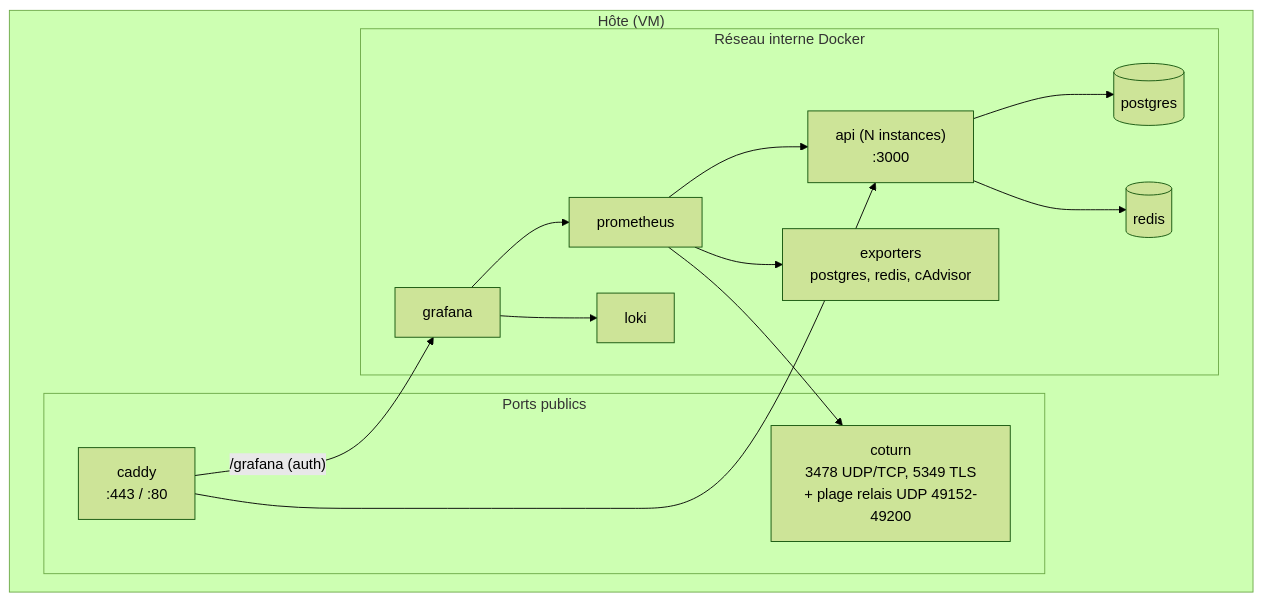
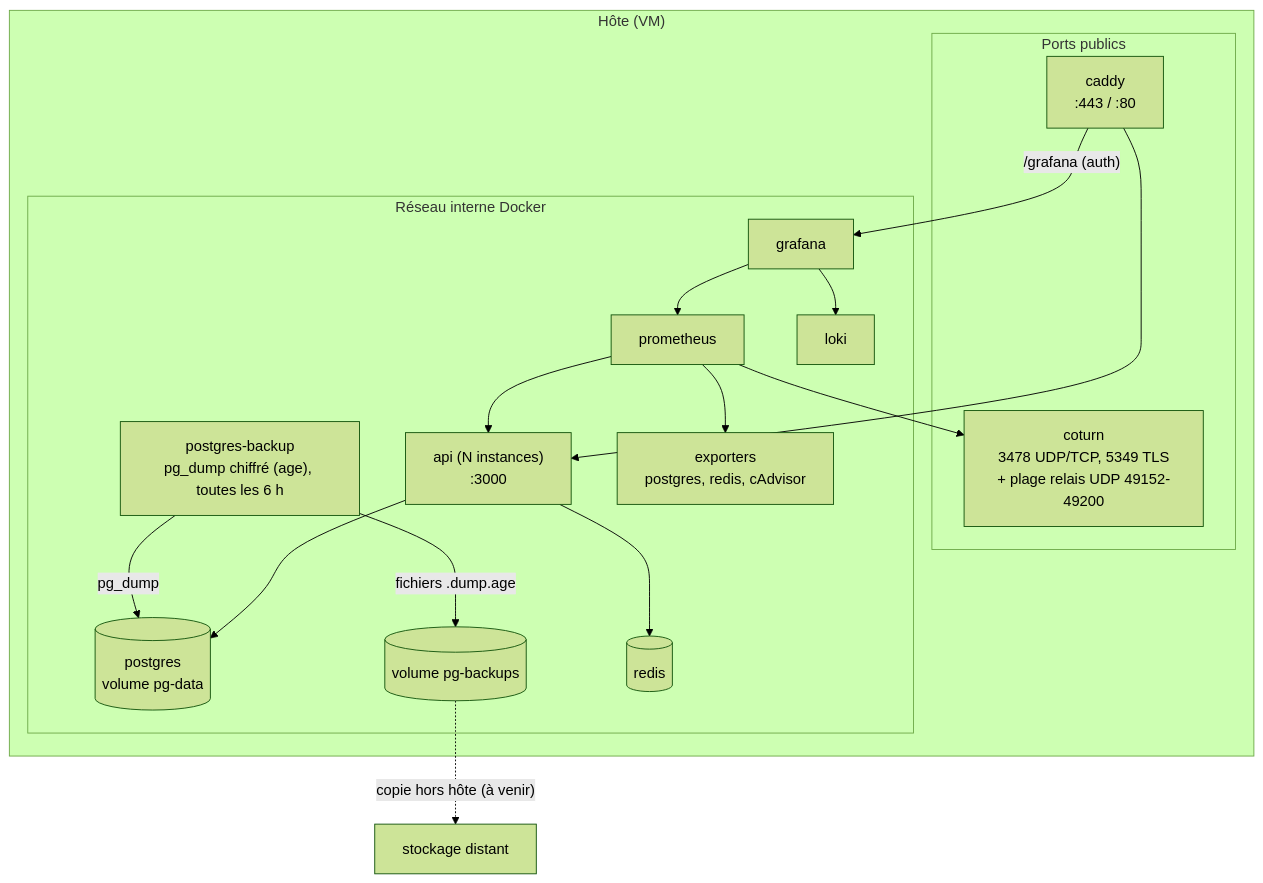
Before and after one commit to tomriquier2004-dev/chatisen: the sixth of 6 diagrams in docs/architecture.md, drawn with Mermaid (forest theme). The commit also changed other lines of this file and 11 other files, not shown here.

````diff
--- a/docs/architecture.md
+++ b/docs/architecture.md
@@ -358,27 +358,32 @@
 ```mermaid
 flowchart TB
     subgraph Host["Hôte (VM)"]
         subgraph Public["Ports publics"]
             CADDY["caddy<br/>:443 / :80"]
             COTURN["coturn<br/>3478 UDP/TCP, 5349 TLS<br/>+ plage relais UDP 49152-49200"]
         end
         subgraph Internal["Réseau interne Docker"]
             API["api (N instances)<br/>:3000"]
-            PG[("postgres")]
+            PG[("postgres<br/>volume pg-data")]
+            BKP["postgres-backup<br/>pg_dump chiffré (age), toutes les 6 h"]
+            VBK[("volume pg-backups")]
             RD[("redis")]
             PROM["prometheus"]
             LOKI["loki"]
             GRAF["grafana"]
             EXP["exporters<br/>postgres, redis, cAdvisor"]
         end
     end
     CADDY --> API
     CADDY -- "/grafana (auth)" --> GRAF
     API --> PG
     API --> RD
+    BKP -- "pg_dump" --> PG
+    BKP -- "fichiers .dump.age" --> VBK
+    VBK -. "copie hors hôte (à venir)" .-> OFF["stockage distant"]
     PROM --> API
     PROM --> EXP
     PROM --> COTURN
     GRAF --> PROM
     GRAF --> LOKI
 ```
````
